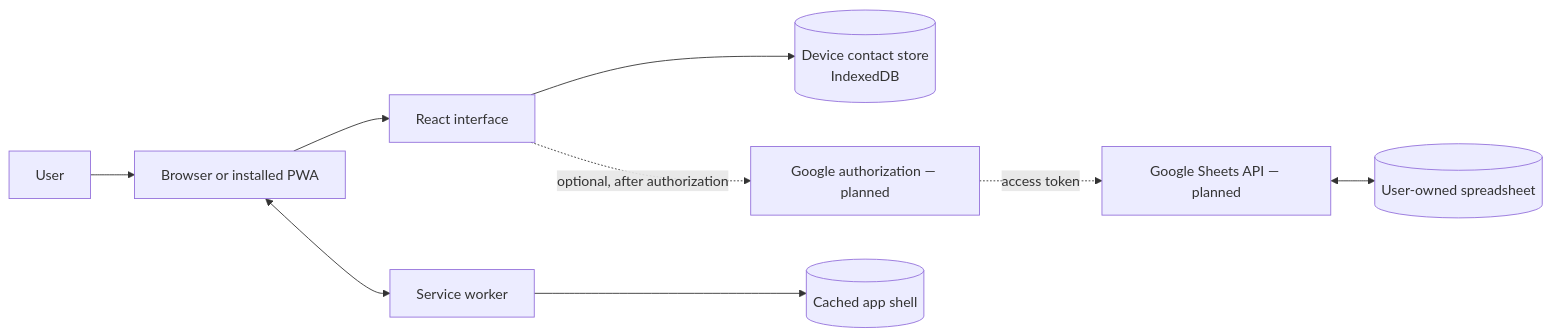
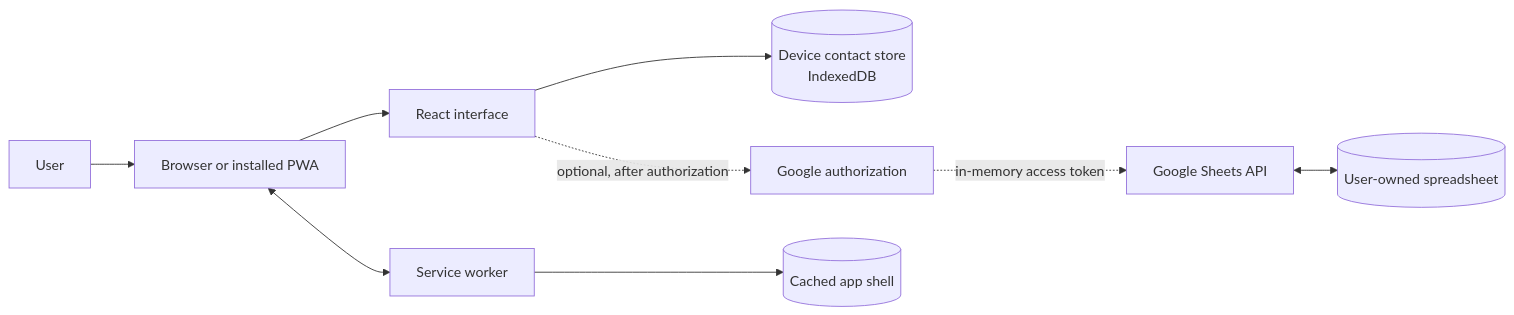
Before and after one commit to Pujith-M/Samparka: the first of 2 diagrams in README.md, drawn with Mermaid. The commit also changed other lines of this file and 14 other files, not shown here.

````diff
--- a/README.md
+++ b/README.md
@@ -32,11 +32,11 @@
 ```mermaid
 flowchart LR
     Person[User] --> Browser[Browser or installed PWA]
     Browser --> UI[React interface]
     UI --> Local[(Device contact store<br/>IndexedDB)]
     SW[Service worker] --> Cache[(Cached app shell)]
     Browser <--> SW
-    UI -. optional, after authorization .-> Auth[Google authorization — planned]
-    Auth -. access token .-> Sheets[Google Sheets API — planned]
+    UI -. optional, after authorization .-> Auth[Google authorization]
+    Auth -. in-memory access token .-> Sheets[Google Sheets API]
     Sheets <--> Book[(User-owned spreadsheet)]
 ```
````
